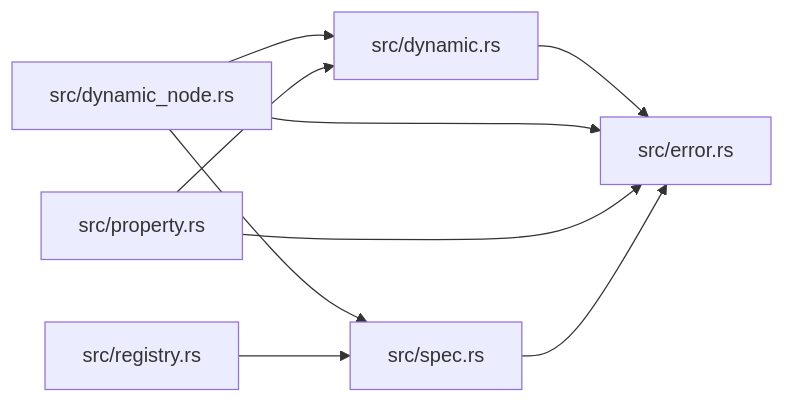
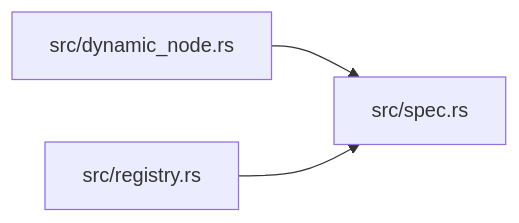
One commit to xcrtp/zela changed the diagram in docs/modules/ze-node-schema.md. Above: the diagram before and after it, drawn with Mermaid. The commit also changed other lines of this file and 16 other files, not shown here.

````diff
--- a/docs/modules/ze-node-schema.md
+++ b/docs/modules/ze-node-schema.md
@@ -30,17 +27,8 @@
 ```mermaid
 graph LR
-    f0["src/dynamic.rs"]
-    f2["src/dynamic_node.rs"]
-    f1["src/error.rs"]
-    f4["src/property.rs"]
-    f5["src/registry.rs"]
-    f3["src/spec.rs"]
+    f0["src/dynamic_node.rs"]
+    f2["src/registry.rs"]
+    f1["src/spec.rs"]
     f0 --> f1
-    f2 --> f0
     f2 --> f1
-    f2 --> f3
-    f4 --> f0
-    f4 --> f1
-    f5 --> f3
-    f3 --> f1
 ```
````
